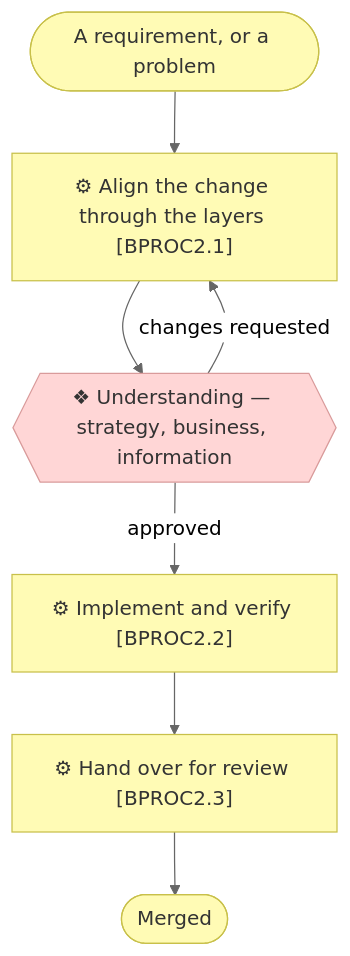
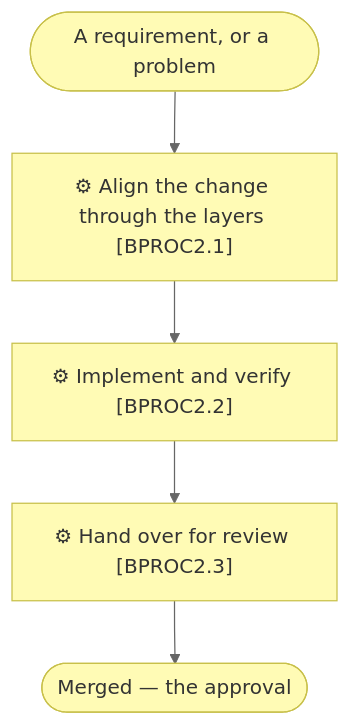
The third of 5 diagrams in docs/process/1_level-1-macro-processes.md (roanboc/archreator), drawn with Mermaid (neutral theme) before and after one commit. The commit also changed other lines of this file and 49 other files, not shown here.

````diff
--- a/docs/process/1_level-1-macro-processes.md
+++ b/docs/process/1_level-1-macro-processes.md
@@ -104,18 +88,13 @@
 ```mermaid
 flowchart TD
   req(["A requirement, or a problem"])
   p21["⚙ Align the change through the layers [BPROC2.1]"]
-  g2{{"❖ Understanding — strategy, business, information"}}
   p22["⚙ Implement and verify [BPROC2.2]"]
   p23["⚙ Hand over for review [BPROC2.3]"]
-  merged(["Merged"])
+  merged(["Merged — the approval"])
 
-  req --> p21 --> g2
-  g2 -->|changes requested| p21
-  g2 -->|approved| p22 --> p23 --> merged
+  req --> p21 --> p22 --> p23 --> merged
 
   classDef business fill:#fffbb5,stroke:#c8c04a,color:#333
-  classDef implementation fill:#ffd6d6,stroke:#d99b9b,color:#333
   class p21,p22,p23,req,merged business
-  class g2 implementation
 ```
````
